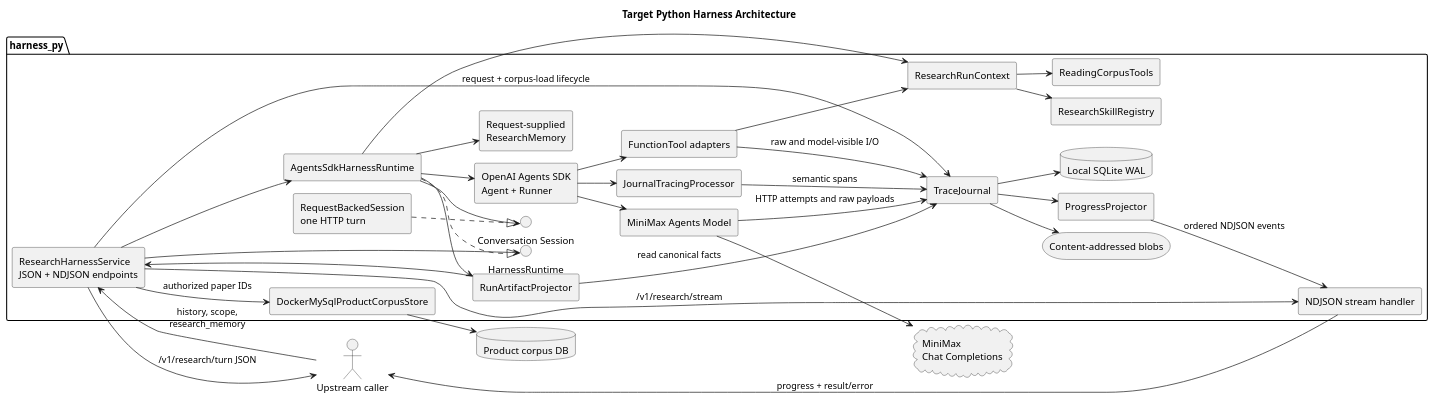
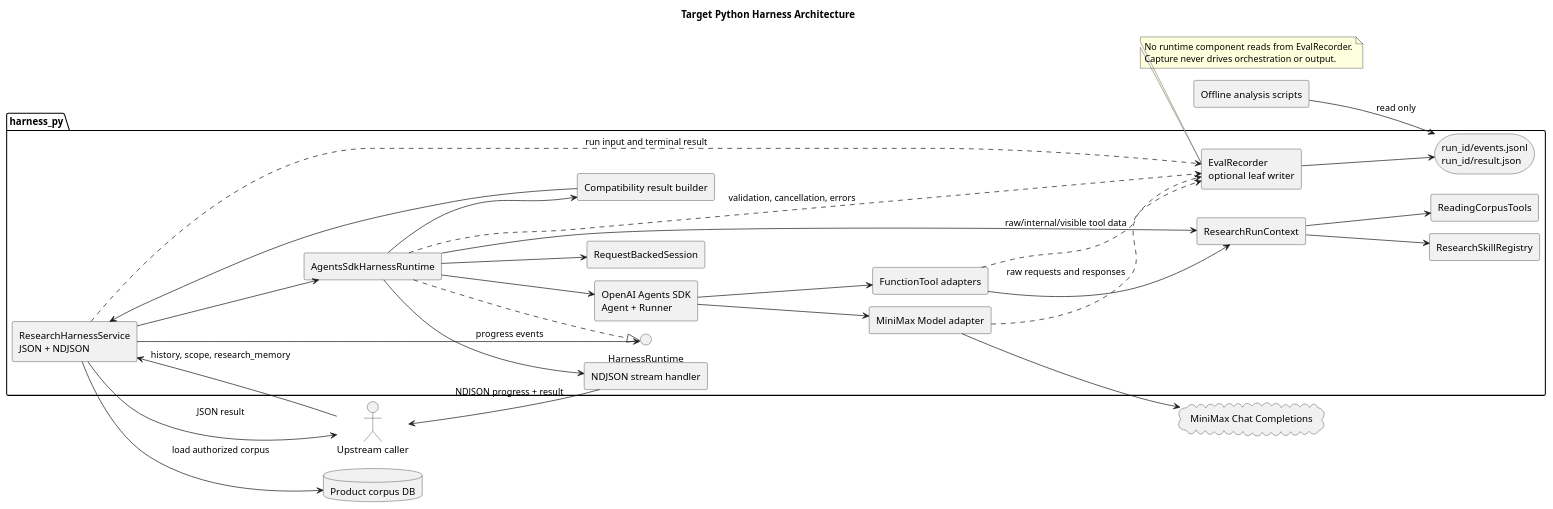
Before and after one commit to CHZarles/paperloom: the first of 2 diagrams in docs/superpowers/plans/2026-07-13-openai-agents-sdk-harness-migration-and-trace-journal-plan.md, drawn with PlantUML. The commit also changed other lines of this file, not shown here.

Commit message:
docs: simplify agents migration eval capture

```diff
--- a/docs/superpowers/plans/2026-07-13-openai-agents-sdk-harness-migration-and-trace-journal-plan.md
+++ b/docs/superpowers/plans/2026-07-13-openai-agents-sdk-harness-migration-and-trace-journal-plan.md
@@ -222,73 +235,64 @@
 ~~~plantuml
 @startuml
 !pragma layout smetana
 title Target Python Harness Architecture
 left to right direction
 skinparam componentStyle rectangle
 
 actor "Upstream caller" as Caller
 
 package "harness_py" {
-  component "ResearchHarnessService\nJSON + NDJSON endpoints" as Service
+  component "ResearchHarnessService\nJSON + NDJSON" as Service
   component "NDJSON stream handler" as Stream
-  component "DockerMySqlProductCorpusStore" as CorpusStore
   interface "HarnessRuntime" as Runtime
   component "AgentsSdkHarnessRuntime" as AgentsRuntime
   component "OpenAI Agents SDK\nAgent + Runner" as SDK
+  component "RequestBackedSession" as Session
   component "ResearchRunContext" as Context
   component "FunctionTool adapters" as ToolAdapters
   component "ReadingCorpusTools" as Corpus
   component "ResearchSkillRegistry" as Skills
-  component "MiniMax Agents Model" as Model
-
-  interface "Conversation Session" as Session
-  component "RequestBackedSession\none HTTP turn" as SessionImpl
-  component "Request-supplied\nResearchMemory" as Memory
-
-  component "JournalTracingProcessor" as Processor
-  component "TraceJournal" as Journal
-  database "Local SQLite WAL" as WAL
-  storage "Content-addressed blobs" as Blobs
-  component "ProgressProjector" as Progress
-  component "RunArtifactProjector" as Artifacts
+  component "MiniMax Model adapter" as Model
+  component "Compatibility result builder" as ResultBuilder
+  component "EvalRecorder\noptional leaf writer" as Recorder
+  storage "run_id/events.jsonl\nrun_id/result.json" as EvalFiles
 }
 
-cloud "MiniMax\nChat Completions" as Provider
+cloud "MiniMax Chat Completions" as Provider
 database "Product corpus DB" as ProductDB
+component "Offline analysis scripts" as Offline
 
-Caller --> Service : history, scope,\nresearch_memory
-Service --> Stream : /v1/research/stream
-Service --> Journal : request + corpus-load lifecycle
-Service --> CorpusStore : authorized paper IDs
-CorpusStore --> ProductDB
+Caller --> Service : history, scope, research_memory
 Service --> Runtime
 AgentsRuntime ..|> Runtime
 Service --> AgentsRuntime
 AgentsRuntime --> SDK
+AgentsRuntime --> Session
 AgentsRuntime --> Context
-AgentsRuntime --> Session
-SessionImpl ..|> Session
-AgentsRuntime --> Memory
-
 SDK --> Model
 Model --> Provider
 SDK --> ToolAdapters
 ToolAdapters --> Context
 Context --> Corpus
 Context --> Skills
+Service --> ProductDB : load authorized corpus
 
-SDK --> Processor
-Processor --> Journal : semantic spans
-Model --> Journal : HTTP attempts and raw payloads
-ToolAdapters --> Journal : raw and model-visible I/O
-Journal --> WAL
-Journal --> Blobs
-Journal --> Progress
-Progress --> Stream : ordered NDJSON events
-Stream --> Caller : progress + result/error
-AgentsRuntime --> Artifacts
-Artifacts --> Journal : read canonical facts
-Artifacts --> Service
-Service --> Caller : /v1/research/turn JSON
+AgentsRuntime --> ResultBuilder
+ResultBuilder --> Service
+AgentsRuntime --> Stream : progress events
+Stream --> Caller : NDJSON progress + result
+Service --> Caller : JSON result
+
+Service ..> Recorder : run input and terminal result
+Model ..> Recorder : raw requests and responses
+ToolAdapters ..> Recorder : raw/internal/visible tool data
+AgentsRuntime ..> Recorder : validation, cancellation, errors
+Recorder --> EvalFiles
+Offline --> EvalFiles : read only
+
+note bottom of Recorder
+  No runtime component reads from EvalRecorder.
+  Capture never drives orchestration or output.
+end note
 @enduml
 ~~~
```
